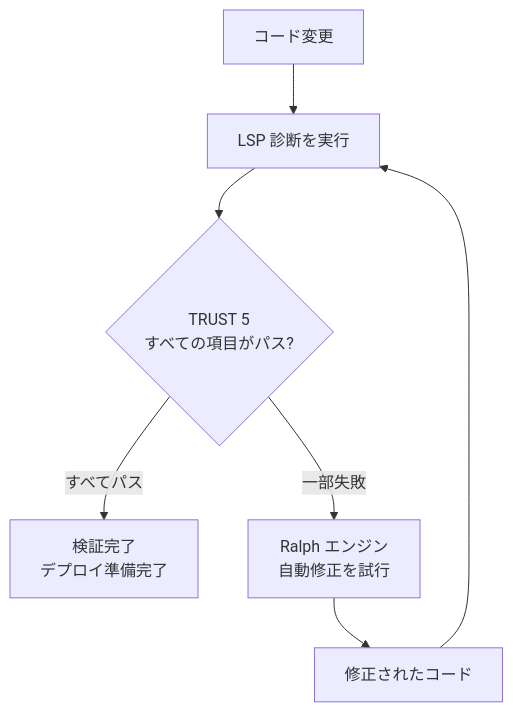
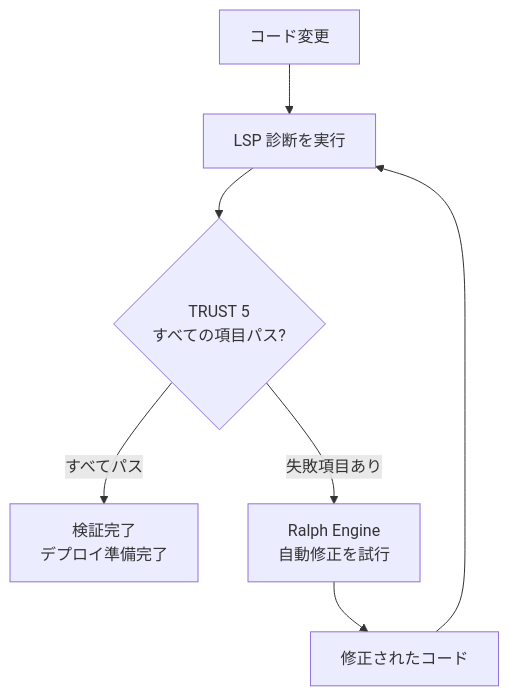
The third of 3 diagrams in docs-site/content/ja/core-concepts/trust-5.md (modu-ai/moai-adk), drawn with Mermaid before and after one commit. The commit also changed other lines of this file and 4 other files, not shown here.

````diff
--- a/docs-site/content/ja/core-concepts/trust-5.md
+++ b/docs-site/content/ja/core-concepts/trust-5.md
@@ -300,9 +300,9 @@
 ```mermaid
 flowchart TD
     A["コード変更"] --> B["LSP 診断を実行"]
-    B --> C{"TRUST 5<br>すべての項目がパス?"}
+    B --> C{"TRUST 5<br>すべての項目パス?"}
     C -->|"すべてパス"| D["検証完了<br>デプロイ準備完了"]
-    C -->|"一部失敗"| E["Ralph エンジン<br>自動修正を試行"]
+    C -->|"失敗項目あり"| E["Ralph Engine<br>自動修正を試行"]
     E --> F["修正されたコード"]
     F --> B
 ```
````
